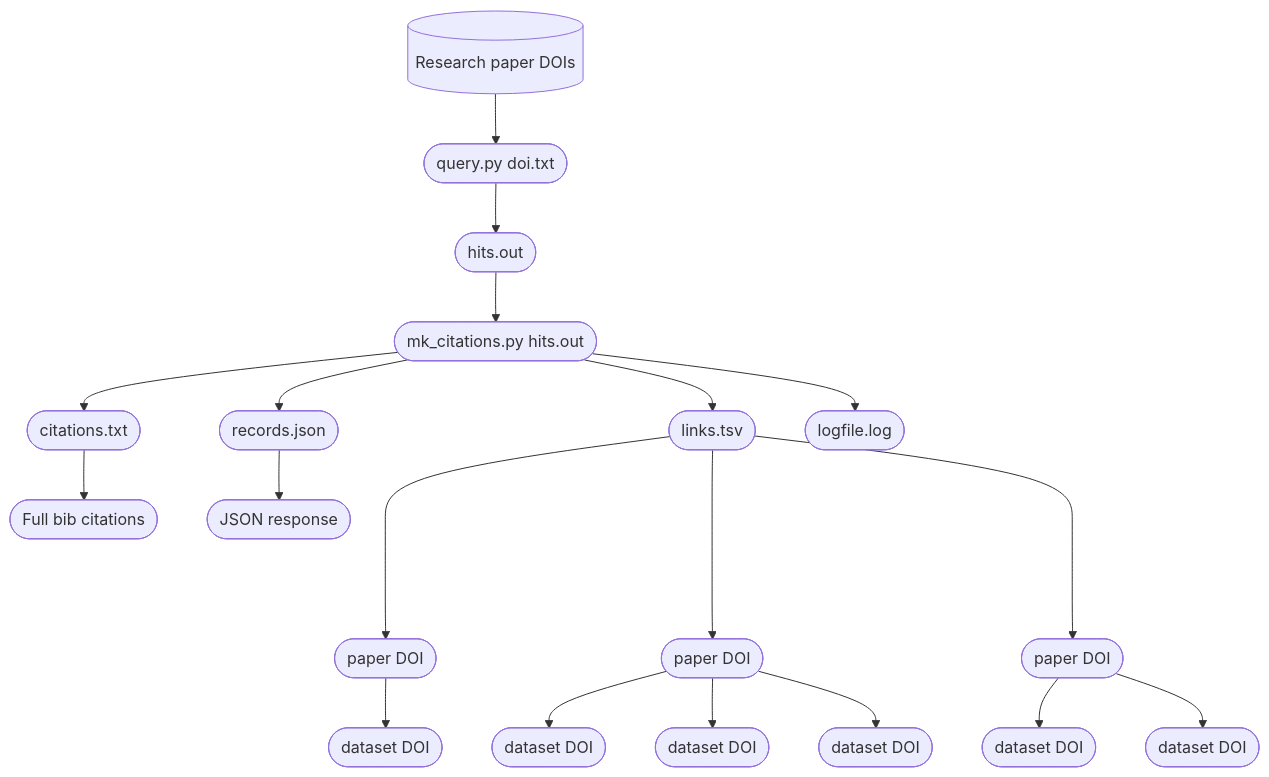
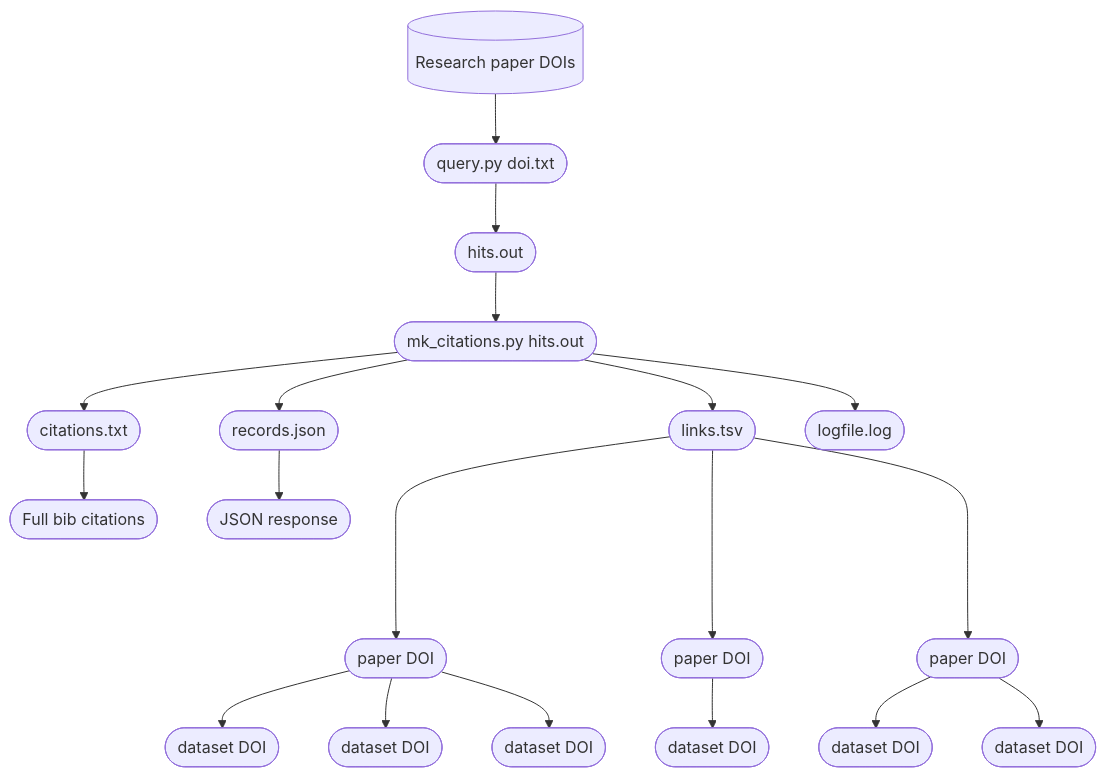
The diagram in README.md (sefnyn/scholix), drawn with Mermaid before and after one commit. The commit also changed other lines of this file, not shown here.

````diff
--- a/README.md
+++ b/README.md
@@ -3,22 +3,22 @@
 ```mermaid
 graph TD;
     A[(Research paper DOIs)]
     A --> B([query.py doi.txt]);
     B --> C([hits.out]);
     C --> D([mk_citations.py hits.out]);
     D --> E([links.tsv]);
     D --> F([citations.txt]);
     D --> G([records.json]);
     D --> H([logfile.log]);
+    E ----> P2([paper DOI]);
     E ----> P1([paper DOI]);
-    E ----> P2([paper DOI]);
     E ----> P3([paper DOI]);
-    P1 --> D1([dataset DOI]);
     P2 --> D2A([dataset DOI]);
     P2 --> D2B([dataset DOI]);
     P2 --> D2C([dataset DOI]);
+    P1 --> D1([dataset DOI]);
     P3 --> D3A([dataset DOI]);
     P3 --> D3B([dataset DOI]);
     F --> K([Full bib citations]);
     G --> L([JSON response]);
 ```
````
